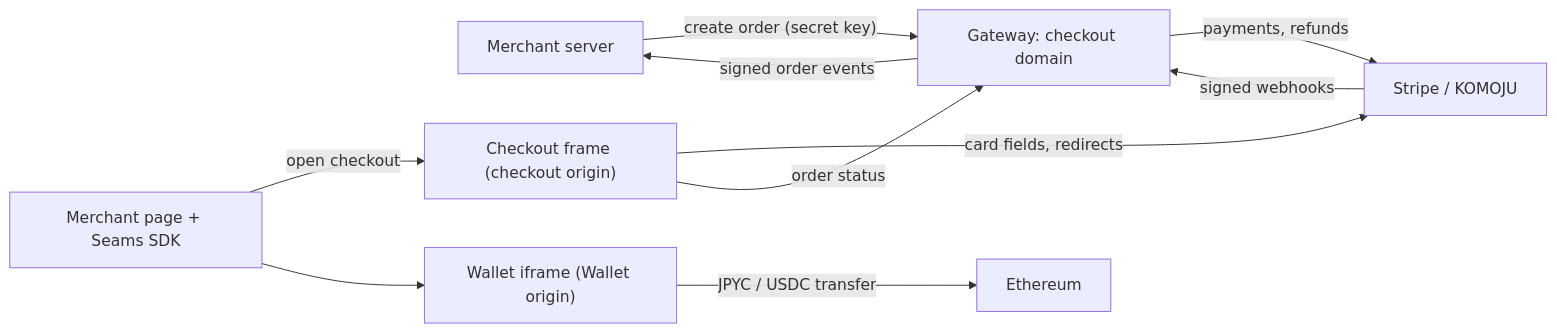
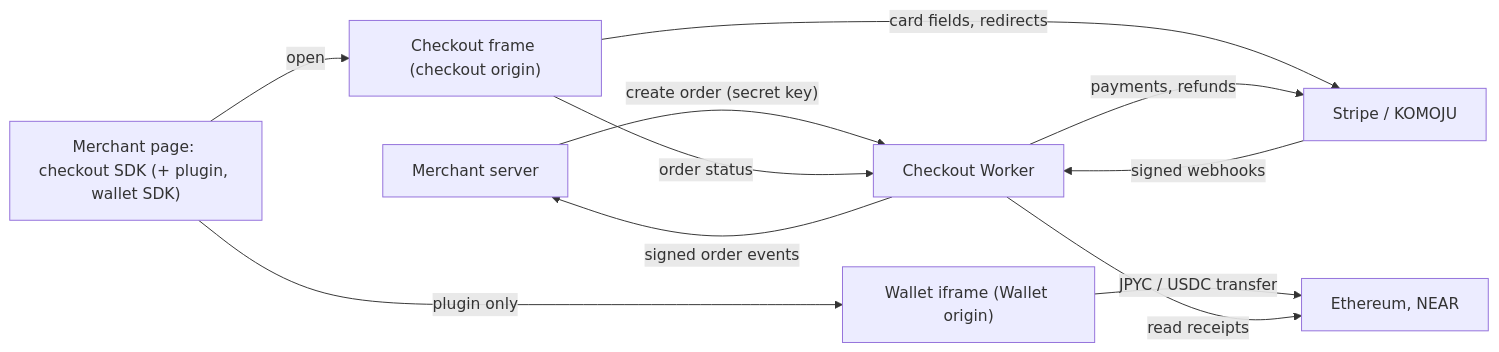
Before and after one commit to seams-tech/seams-wallet: the second of 3 diagrams in docs/refactor-250-seams-checkout.md, drawn with Mermaid. The commit also changed other lines of this file, not shown here.

Commit message:
Plan: Seams Checkout as its own package, with the Stablecoin Wallet as a plugin

````diff
--- a/docs/refactor-250-seams-checkout.md
+++ b/docs/refactor-250-seams-checkout.md
@@ -171,12 +245,13 @@
 ```mermaid
 flowchart LR
-    MS["Merchant server"] -->|"create order (secret key)"| GW["Gateway: checkout domain"]
-    App["Merchant page + Seams SDK"] -->|"open checkout"| CF["Checkout frame (checkout origin)"]
-    App --> WI["Wallet iframe (Wallet origin)"]
+    MS["Merchant server"] -->|"create order (secret key)"| CW["Checkout Worker"]
+    App["Merchant page: checkout SDK (+ plugin, wallet SDK)"] -->|"open"| CF["Checkout frame (checkout origin)"]
+    App -->|"plugin only"| WI["Wallet iframe (Wallet origin)"]
     CF -->|"card fields, redirects"| PSP["Stripe / KOMOJU"]
-    CF -->|"order status"| GW
-    WI -->|"JPYC / USDC transfer"| Chain["Ethereum"]
-    GW -->|"payments, refunds"| PSP
-    PSP -->|"signed webhooks"| GW
-    GW -->|"signed order events"| MS
+    CF -->|"order status"| CW
+    WI -->|"JPYC / USDC transfer"| Chain["Ethereum, NEAR"]
+    CW -->|"payments, refunds"| PSP
+    PSP -->|"signed webhooks"| CW
+    CW -->|"read receipts"| Chain
+    CW -->|"signed order events"| MS
 ```
````
